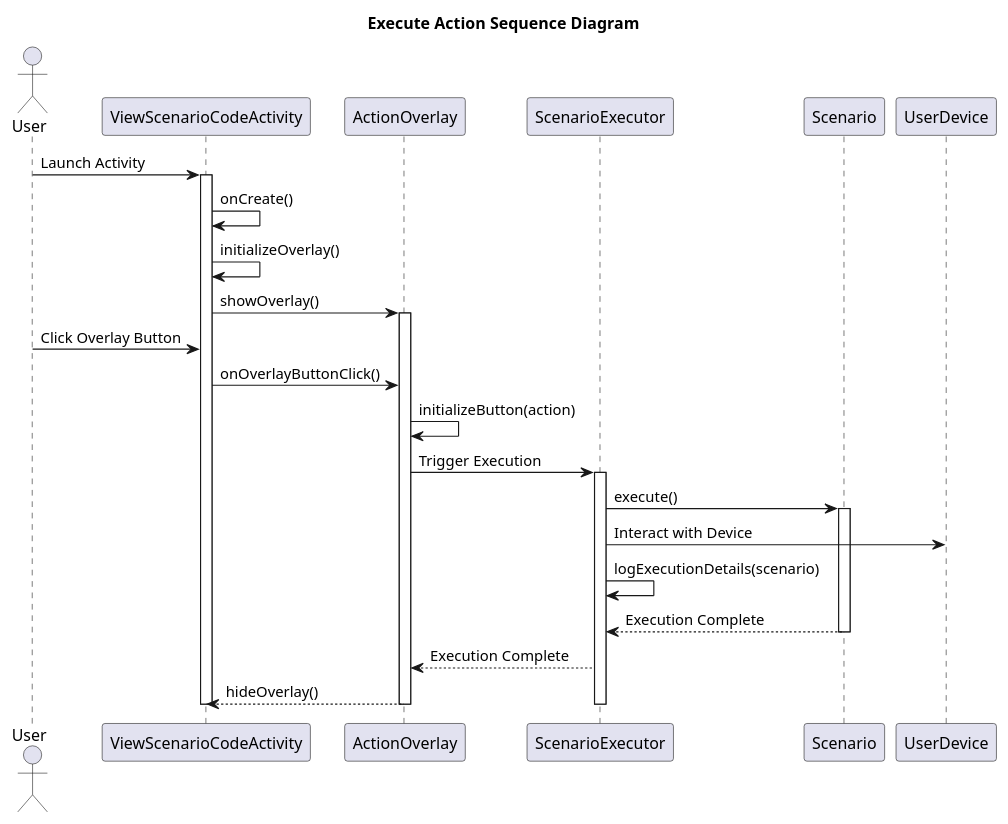
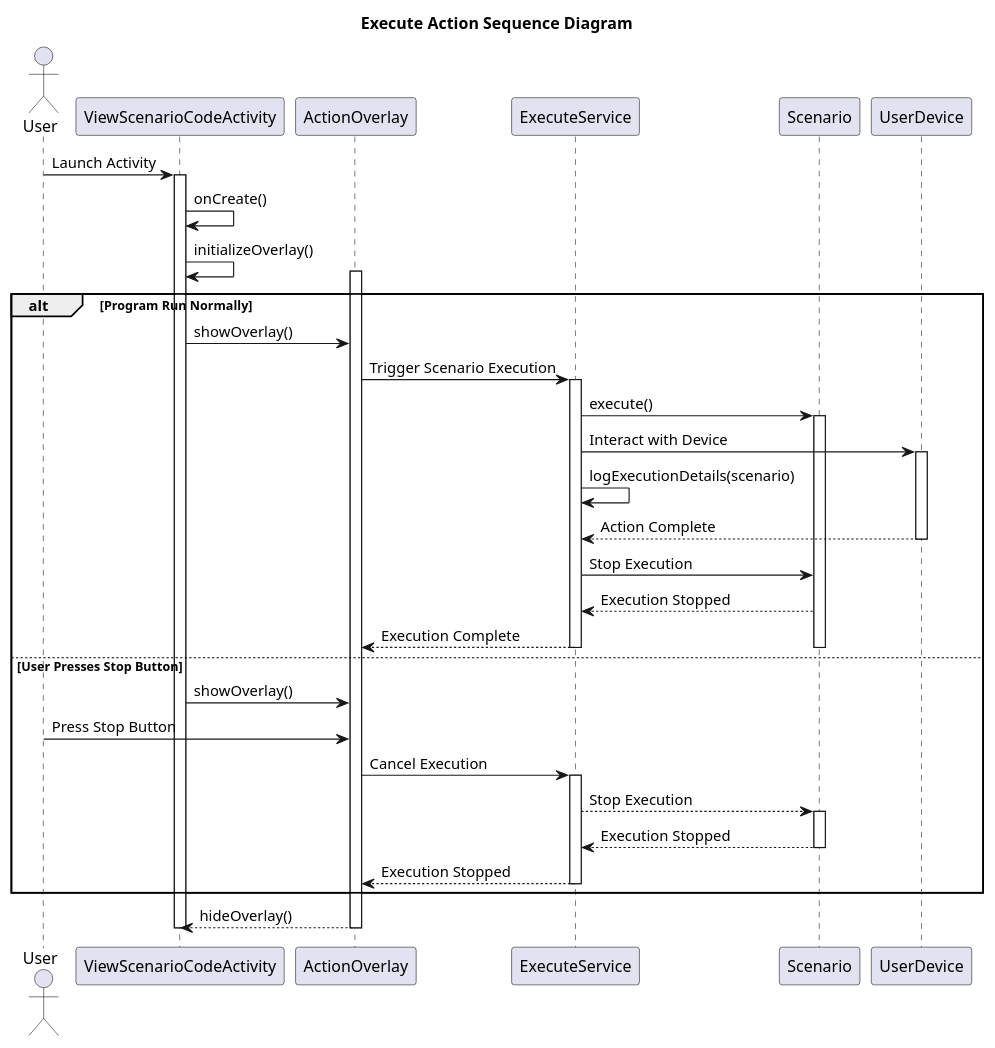
The diagram in ClassDiagram/MobileDiagram/ScenarioManagement/ExecuteScenarioSequenceDiagram.plantuml (Caothuludau/InSyncDocument), drawn with PlantUML before and after one commit. The commit also changed 1 other file, not shown here.

```diff
--- a/ClassDiagram/MobileDiagram/ScenarioManagement/ExecuteScenarioSequenceDiagram.plantuml
+++ b/ClassDiagram/MobileDiagram/ScenarioManagement/ExecuteScenarioSequenceDiagram.plantuml
@@ -1,38 +1,55 @@
 @startuml ExecuteActionSequenceDiagram
 
 title Execute Action Sequence Diagram
 actor User
 participant ViewScenarioCodeActivity
 participant ActionOverlay
-participant ScenarioExecutor
+participant ExecuteService
 participant Scenario
 participant UserDevice
 
 User -> ViewScenarioCodeActivity : Launch Activity
 activate ViewScenarioCodeActivity
 
 ViewScenarioCodeActivity -> ViewScenarioCodeActivity : onCreate()
 ViewScenarioCodeActivity -> ViewScenarioCodeActivity : initializeOverlay()
-ViewScenarioCodeActivity -> ActionOverlay : showOverlay()
+
 activate ActionOverlay
 
-User -> ViewScenarioCodeActivity : Click Overlay Button
-ViewScenarioCodeActivity -> ActionOverlay : onOverlayButtonClick()
-ActionOverlay -> ActionOverlay : initializeButton(action)
-ActionOverlay -> ScenarioExecutor : Trigger Execution
-activate ScenarioExecutor
+alt Program Run Normally
+    ViewScenarioCodeActivity -> ActionOverlay : showOverlay()
+    ActionOverlay -> ExecuteService : Trigger Scenario Execution
+    activate ExecuteService
 
-ScenarioExecutor -> Scenario : execute()
-activate Scenario
+    ExecuteService -> Scenario : execute()
+    activate Scenario
 
-ScenarioExecutor -> UserDevice : Interact with Device
-ScenarioExecutor -> ScenarioExecutor : logExecutionDetails(scenario)
-Scenario --> ScenarioExecutor : Execution Complete
-deactivate Scenario
-ScenarioExecutor --> ActionOverlay : Execution Complete
+    ExecuteService -> UserDevice : Interact with Device
+    activate UserDevice
+    ExecuteService -> ExecuteService : logExecutionDetails(scenario)
+    UserDevice --> ExecuteService : Action Complete
+    deactivate UserDevice
+    ExecuteService -> Scenario : Stop Execution
+    Scenario --> ExecuteService : Execution Stopped
+    ExecuteService --> ActionOverlay : Execution Complete
+    deactivate Scenario
+    deactivate ExecuteService
+else User Presses Stop Button
+    ViewScenarioCodeActivity -> ActionOverlay : showOverlay()
+    User -> ActionOverlay : Press Stop Button
+    ActionOverlay -> ExecuteService : Cancel Execution
+    activate ExecuteService
+    ExecuteService --> Scenario : Stop Execution
+    activate Scenario
+    Scenario --> ExecuteService : Execution Stopped
+    deactivate Scenario
+    ExecuteService --> ActionOverlay : Execution Stopped
+    
+    deactivate ExecuteService
+end
+
 ActionOverlay --> ViewScenarioCodeActivity : hideOverlay()
-deactivate ScenarioExecutor
 deactivate ActionOverlay
 deactivate ViewScenarioCodeActivity
 
 @enduml
```
